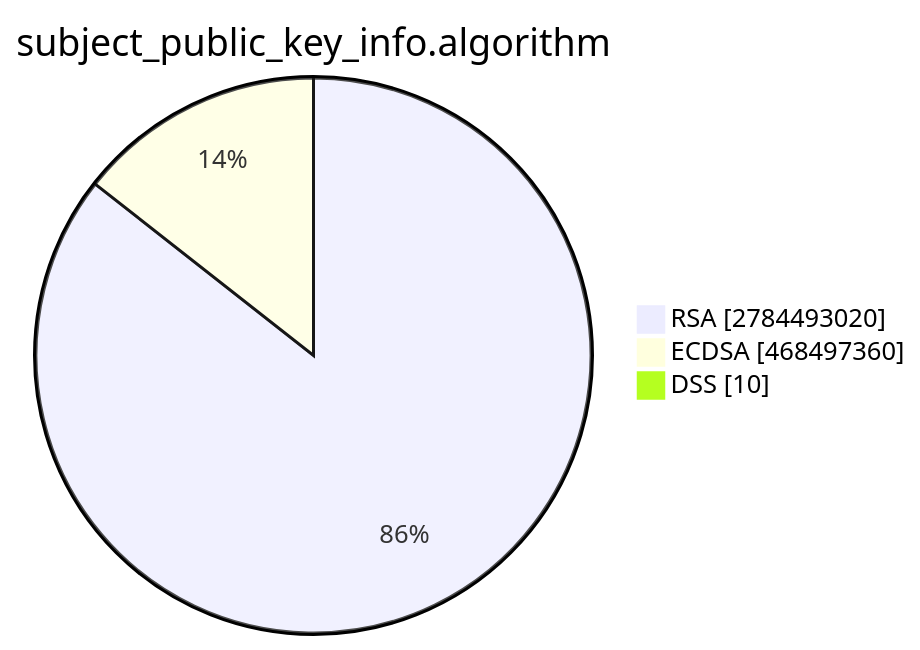
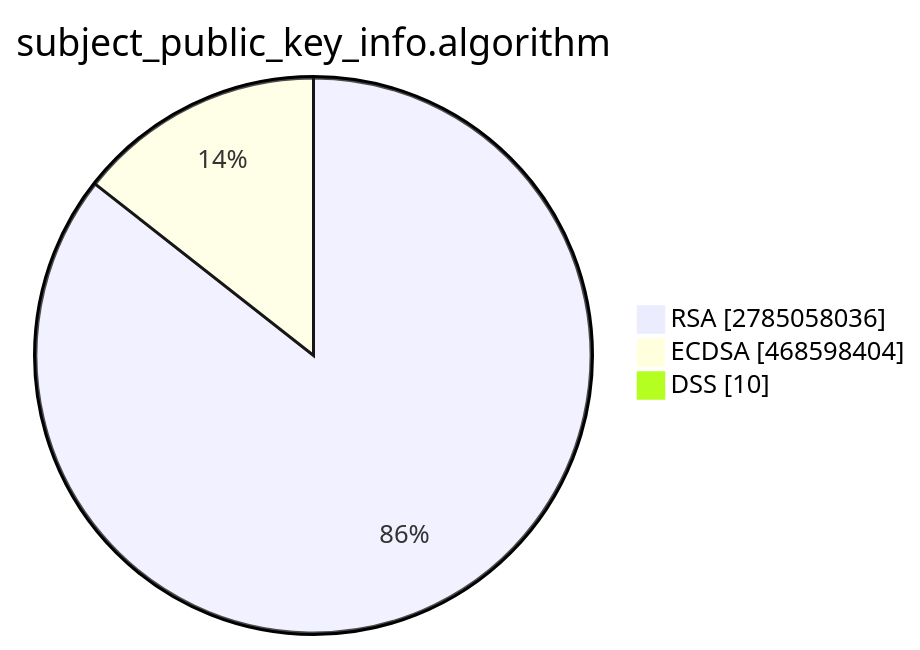
One commit to christiankrug/ctmonitor_visualization changed the second of 15 diagrams in TOTAL/README.md. Above: the diagram before and after it, drawn with Mermaid. The commit also changed other lines of this file, not shown here.

````diff
--- a/TOTAL/README.md
+++ b/TOTAL/README.md
@@ -6,7 +6,7 @@
 ```mermaid
 pie showData
 title subject_public_key_info.algorithm
-"RSA" :2784493020
-"ECDSA" :468497360
+"RSA" :2785058036
+"ECDSA" :468598404
 "DSS" :10
 ```
````
